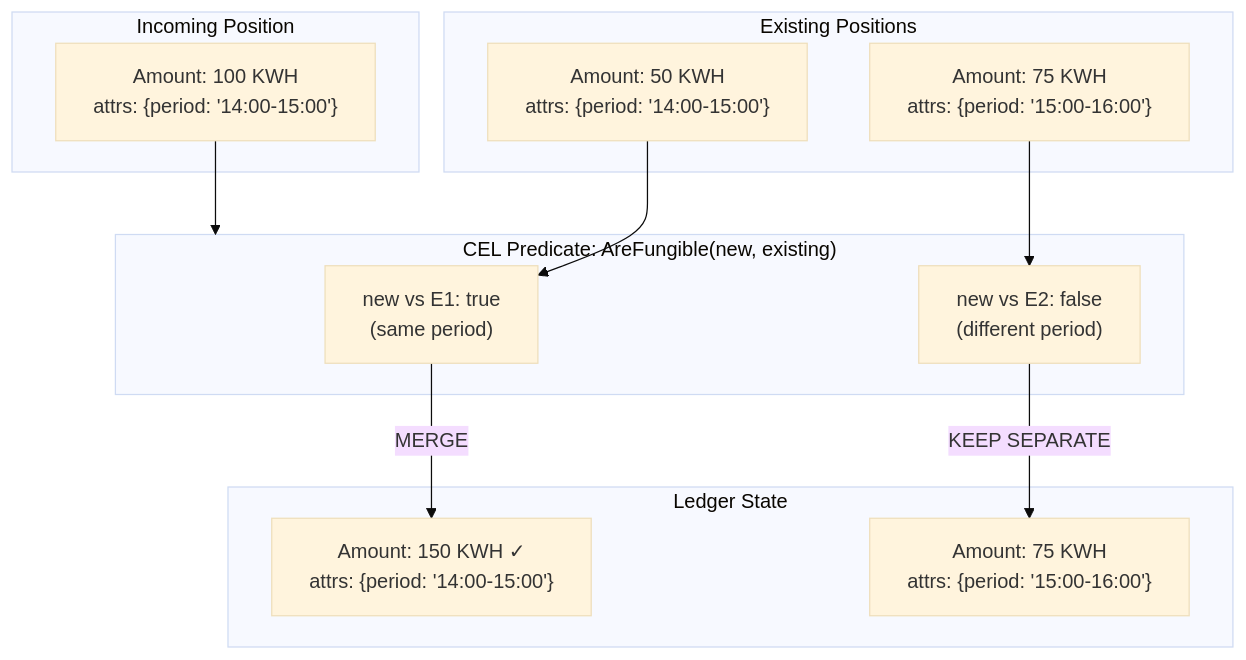
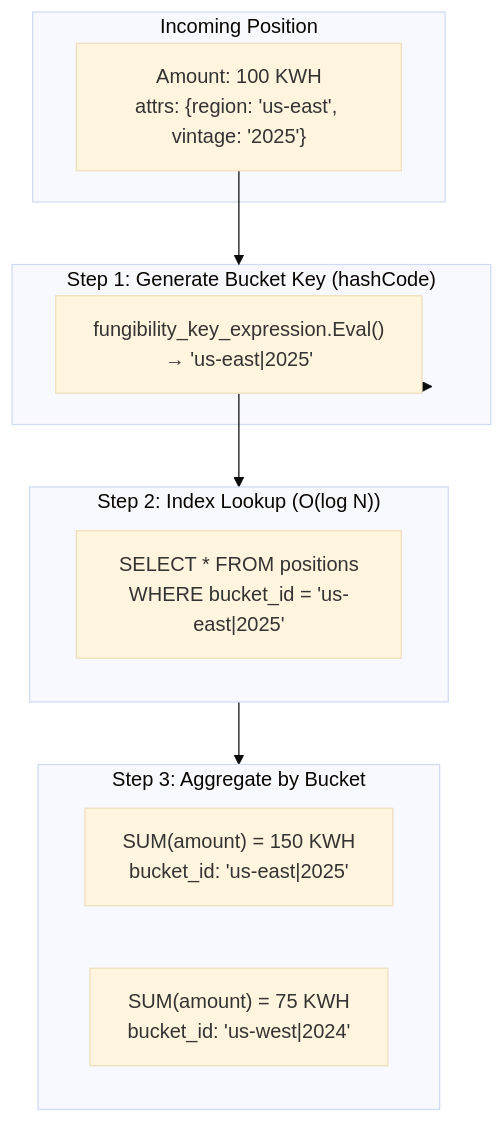
One commit to meridianhub/meridian changed the first of 2 diagrams in docs/prd/universal-asset-system.md. Above: the diagram before and after it, drawn with Mermaid (base theme). The commit also changed other lines of this file, not shown here.

First line of the commit message:
docs(prd): implement HashMap pattern for O(log N) fungibility lookups

````diff
--- a/docs/prd/universal-asset-system.md
+++ b/docs/prd/universal-asset-system.md
@@ -294,27 +349,24 @@
 ```mermaid
 flowchart TB
     subgraph Input["Incoming Position"]
-        NEW["Amount: 100 KWH<br/>attrs: {period: '14:00-15:00'}"]
+        NEW["Amount: 100 KWH<br/>attrs: {region: 'us-east', vintage: '2025'}"]
     end
 
-    subgraph Existing["Existing Positions"]
-        E1["Amount: 50 KWH<br/>attrs: {period: '14:00-15:00'}"]
-        E2["Amount: 75 KWH<br/>attrs: {period: '15:00-16:00'}"]
+    subgraph CELKey["Step 1: Generate Bucket Key (hashCode)"]
+        KEY["fungibility_key_expression.Eval()<br/>→ 'us-east|2025'"]
     end
 
-    subgraph CEL["CEL Predicate: AreFungible(new, existing)"]
-        C1["new vs E1: true<br/>(same period)"]
-        C2["new vs E2: false<br/>(different period)"]
+    subgraph Database["Step 2: Index Lookup (O(log N))"]
+        DB["SELECT * FROM positions<br/>WHERE bucket_id = 'us-east|2025'"]
     end
 
-    subgraph Result["Ledger State"]
-        R1["Amount: 150 KWH ✓<br/>attrs: {period: '14:00-15:00'}"]
-        R2["Amount: 75 KWH<br/>attrs: {period: '15:00-16:00'}"]
+    subgraph Result["Step 3: Aggregate by Bucket"]
+        R1["SUM(amount) = 150 KWH<br/>bucket_id: 'us-east|2025'"]
+        R2["SUM(amount) = 75 KWH<br/>bucket_id: 'us-west|2024'"]
     end
 
-    NEW --> CEL
-    E1 --> C1
-    E2 --> C2
-    C1 -->|"MERGE"| R1
-    C2 -->|"KEEP SEPARATE"| R2
+    NEW --> CELKey
+    CELKey --> KEY
+    KEY --> Database
+    Database --> Result
 ```
````
